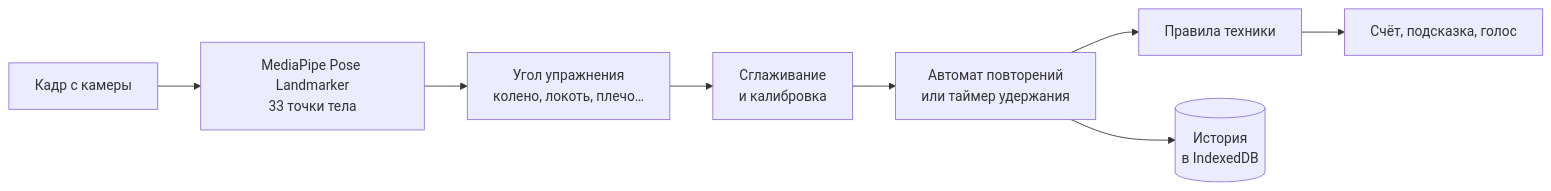
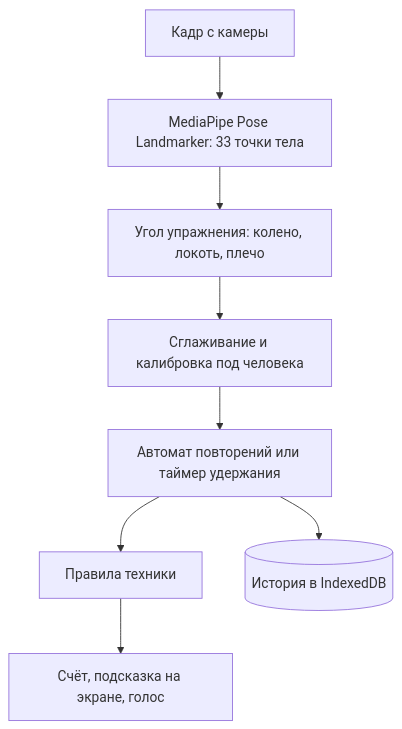
One commit to porphyras/povtor changed the diagram in README.md. Above: the diagram before and after it, drawn with Mermaid.

Commit message:
README: схема работы сверху вниз

````diff
--- a/README.md
+++ b/README.md
@@ -59,10 +59,10 @@
 ```mermaid
-flowchart LR
-    A[Кадр с камеры] --> B[MediaPipe Pose Landmarker<br>33 точки тела]
-    B --> C[Угол упражнения<br>колено, локоть, плечо…]
-    C --> D[Сглаживание<br>и калибровка]
-    D --> E[Автомат повторений<br>или таймер удержания]
+flowchart TB
+    A[Кадр с камеры] --> B[MediaPipe Pose Landmarker: 33 точки тела]
+    B --> C[Угол упражнения: колено, локоть, плечо]
+    C --> D[Сглаживание и калибровка под человека]
+    D --> E[Автомат повторений или таймер удержания]
     E --> F[Правила техники]
-    F --> G[Счёт, подсказка, голос]
-    E --> H[(История<br>в IndexedDB)]
+    F --> G[Счёт, подсказка на экране, голос]
+    E --> H[(История в IndexedDB)]
 ```
````
